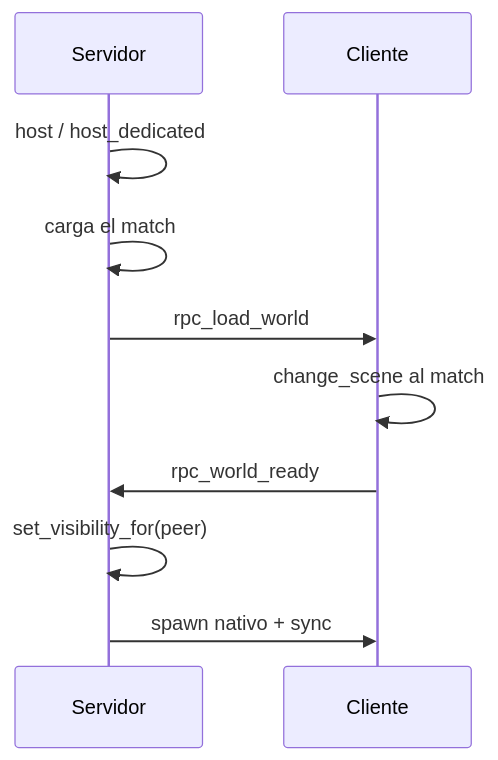
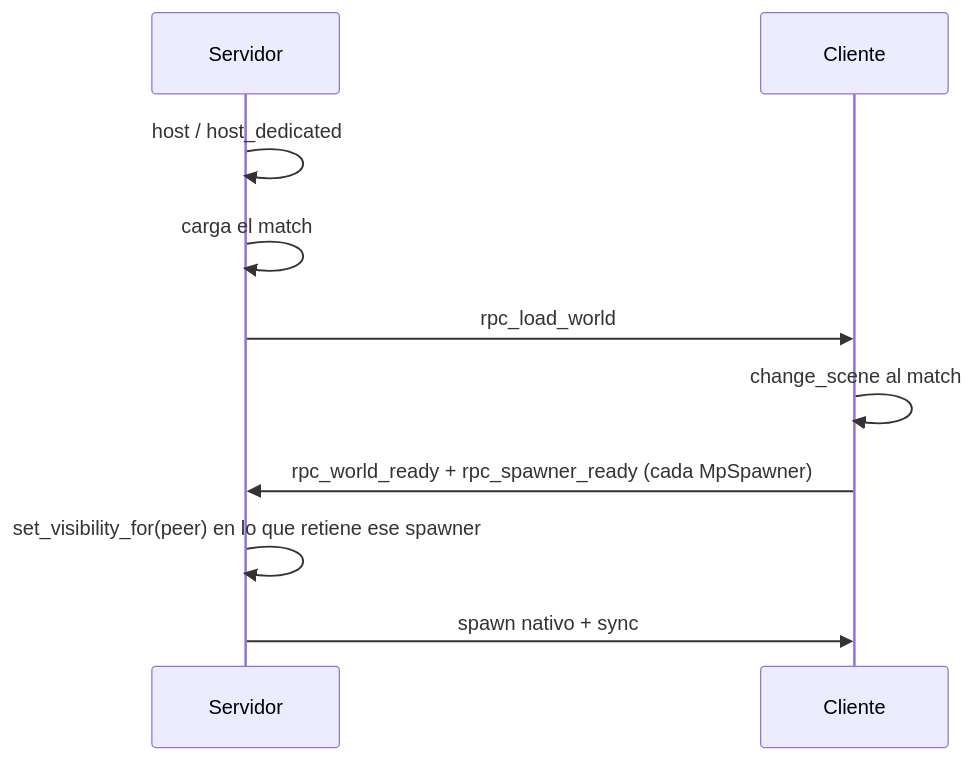
Before and after one commit to Joelnicolass/godot-studio-skills: the fifth of 10 diagrams in addons/mp_kit/README.md, drawn with Mermaid. The commit also changed other lines of this file and 74 other files, not shown here.

First line of the commit message:
Reescribir MpSpawner para que nada le llegue a un peer antes de que exista su copia del spawner.

````diff
--- a/addons/mp_kit/README.md
+++ b/addons/mp_kit/README.md
@@ -202,12 +204,12 @@
 ```mermaid
 sequenceDiagram
   participant H as Servidor
   participant C as Cliente
   H->>H: host / host_dedicated
   H->>H: carga el match
   H->>C: rpc_load_world
   C->>C: change_scene al match
-  C->>H: rpc_world_ready
-  H->>H: set_visibility_for(peer)
+  C->>H: rpc_world_ready + rpc_spawner_ready (cada MpSpawner)
+  H->>H: set_visibility_for(peer) en lo que retiene ese spawner
   H->>C: spawn nativo + sync
 ```
````
